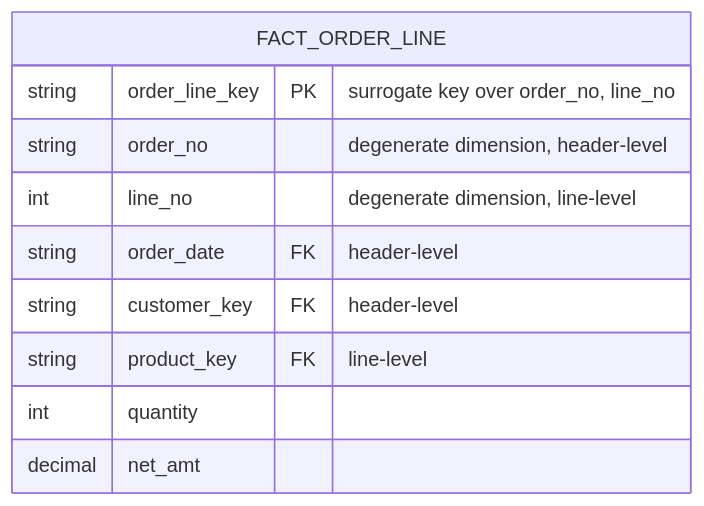
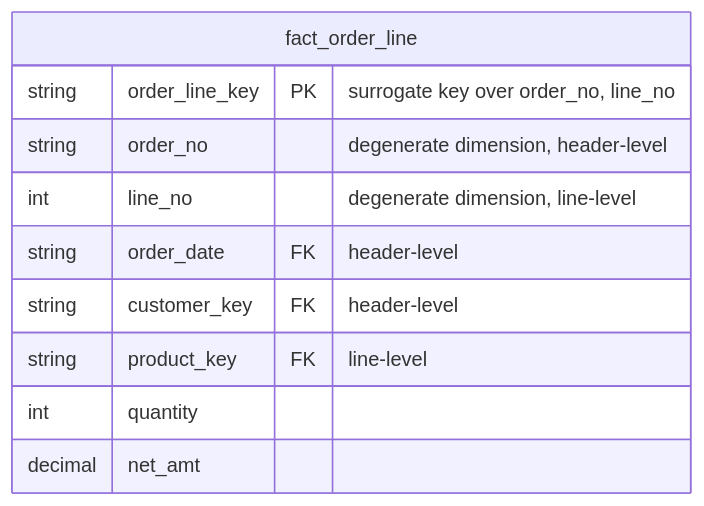
One commit to ducchetrongminh/vitlamdata_dbt_postgres changed the seventh of 7 diagrams in docs/dimensional-modeling-standards.md. Above: the diagram before and after it, drawn with Mermaid. The commit also changed other lines of this file, not shown here.

Commit message:
docs: lowercase table names in diagram

````diff
--- a/docs/dimensional-modeling-standards.md
+++ b/docs/dimensional-modeling-standards.md
@@ -552,13 +552,13 @@
 ```mermaid
 erDiagram
-    FACT_ORDER_LINE {
+    fact_order_line {
         string order_line_key PK "surrogate key over order_no, line_no"
         string order_no "degenerate dimension, header-level"
         int line_no "degenerate dimension, line-level"
         string order_date FK "header-level"
         string customer_key FK "header-level"
         string product_key FK "line-level"
         int quantity
         decimal net_amt
     }
 ```
````
